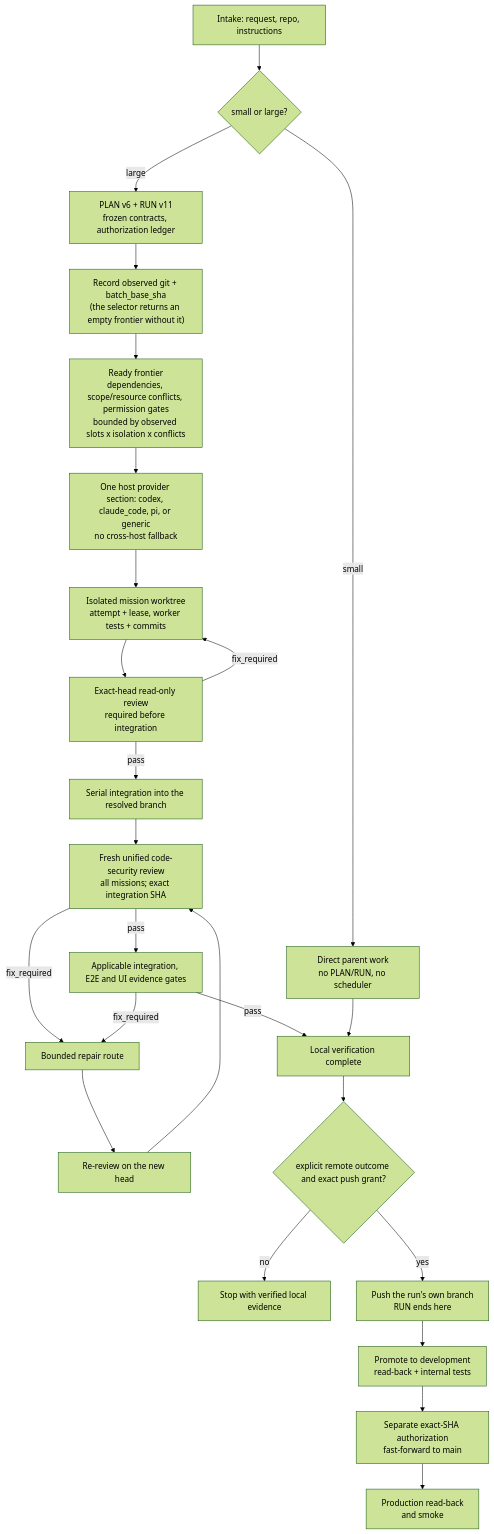
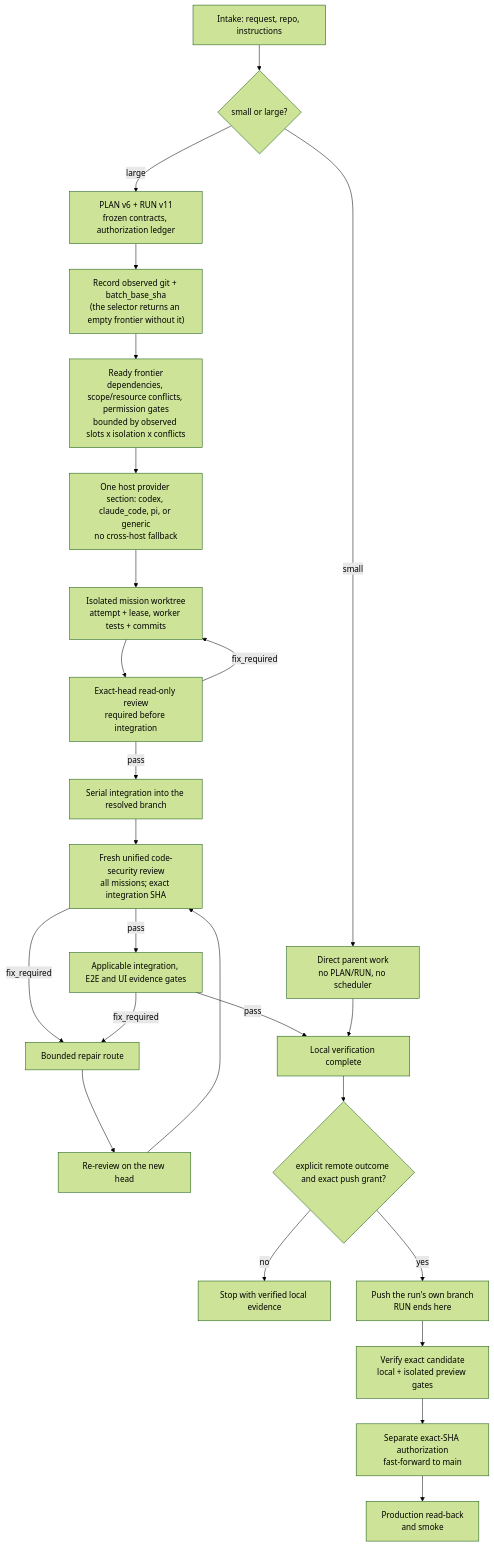
The third of 3 diagrams in README.md (Phlegonlabs/product-delivery-harness), drawn with Mermaid (forest theme) before and after one commit. The commit also changed other lines of this file and 46 other files, not shown here.

````diff
--- a/README.md
+++ b/README.md
@@ -241,27 +241,27 @@
 ```mermaid
 flowchart TB
   Intake["Intake: request, repo, instructions"] --> Size{"small or large?"}
   Size -->|small| Direct["Direct parent work<br/>no PLAN/RUN, no scheduler"]
   Size -->|large| Plan["PLAN v6 + RUN v11<br/>frozen contracts, authorization ledger"]
   Plan --> Observe["Record observed git + batch_base_sha<br/>(the selector returns an empty frontier without it)"]
   Observe --> Frontier["Ready frontier<br/>dependencies, scope/resource conflicts, permission gates<br/>bounded by observed slots x isolation x conflicts"]
   Frontier --> Host["One host provider section: codex, claude_code, pi, or generic<br/>no cross-host fallback"]
   Host --> Work["Isolated mission worktree<br/>attempt + lease, worker tests + commits"]
   Work --> Review["Exact-head read-only review<br/>required before integration"]
   Review -->|pass| Integrate["Serial integration into the resolved branch"]
   Review -->|fix_required| Work
   Integrate --> Security["Fresh unified code-security review<br/>all missions; exact integration SHA"]
   Security -->|pass| Gates["Applicable integration, E2E and UI evidence gates"]
   Security -->|fix_required| Repair["Bounded repair route"]
   Gates -->|fix_required| Repair
   Repair --> Rereview["Re-review on the new head"]
   Rereview --> Security
   Gates -->|pass| Local["Local verification complete"]
   Direct --> Local
   Local --> Remote{"explicit remote outcome and exact push grant?"}
   Remote -->|no| Done["Stop with verified local evidence"]
   Remote -->|yes| Push["Push the run's own branch<br/>RUN ends here"]
-  Push --> Dev["Promote to development<br/>read-back + internal tests"]
-  Dev --> Main["Separate exact-SHA authorization<br/>fast-forward to main"]
+  Push --> Candidate["Verify exact candidate<br/>local + isolated preview gates"]
+  Candidate --> Main["Separate exact-SHA authorization<br/>fast-forward to main"]
   Main --> Prod["Production read-back<br/>and smoke"]
 ```
````
